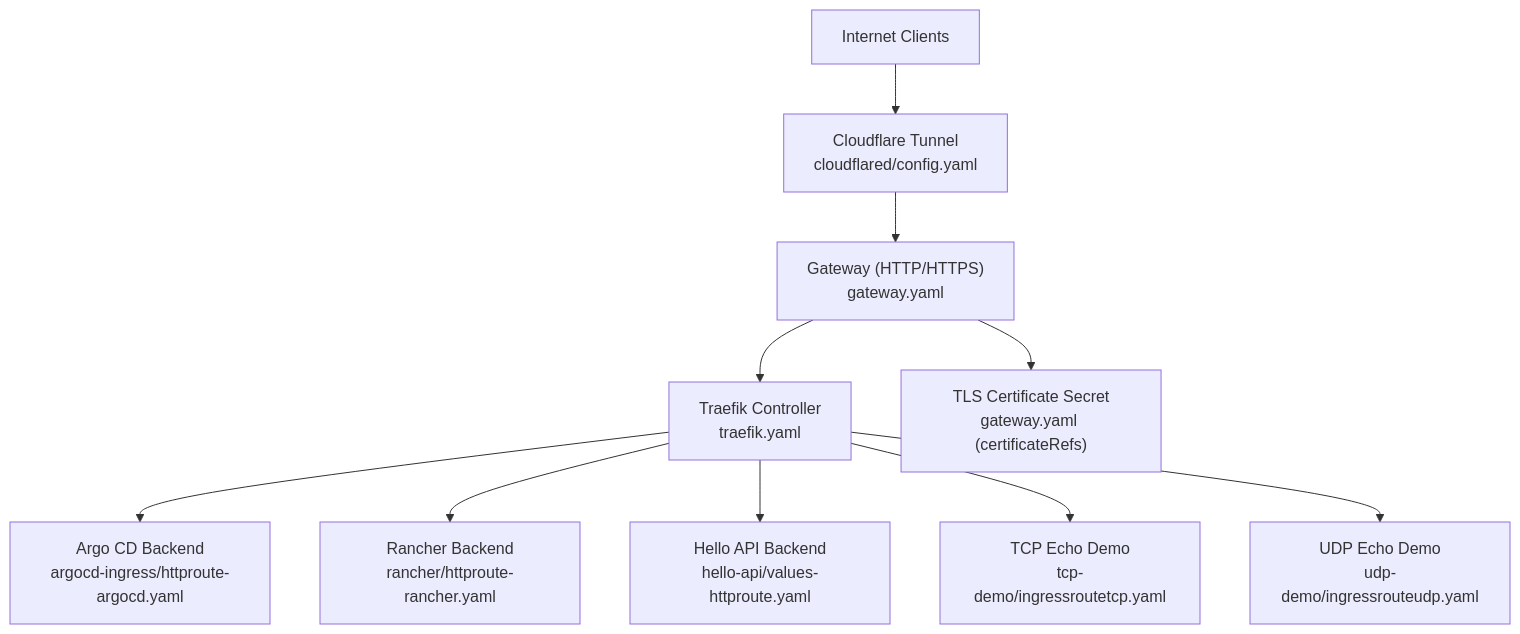
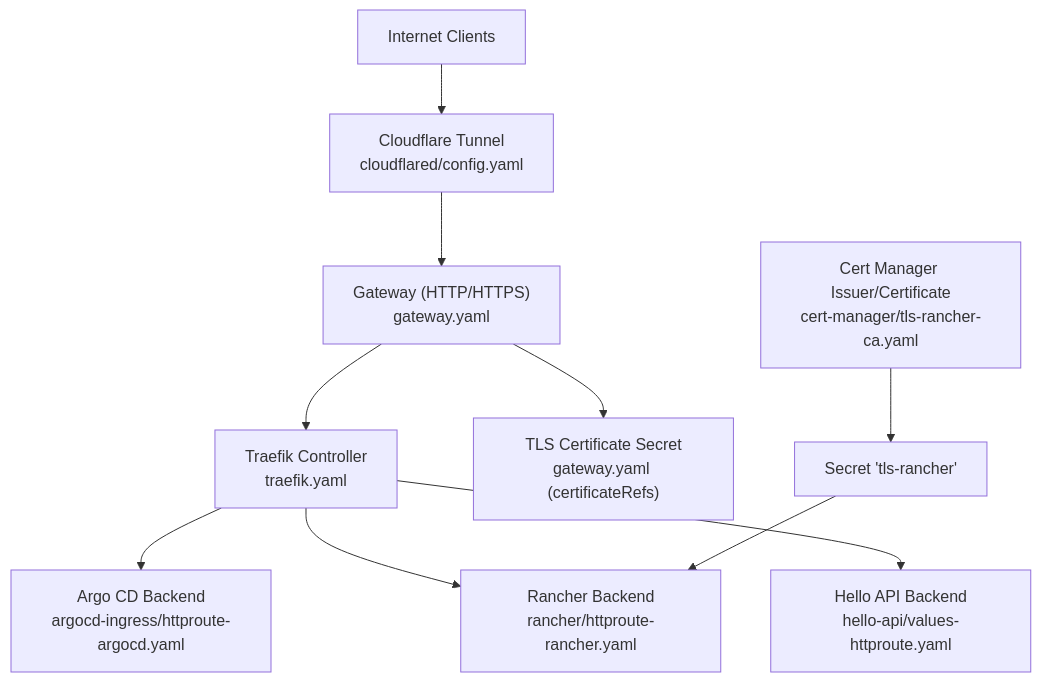
One commit to Hoangvu75/k8s_manifest changed the second of 8 diagrams in .qoder/repowiki/en/content/Advanced Topics/Advanced Networking Configurations.md. Above: the diagram before and after it, drawn with Mermaid. The commit also changed other lines of this file and 31 other files, not shown here.

````diff
--- a/.qoder/repowiki/en/content/Advanced Topics/Advanced Networking Configurations.md
+++ b/.qoder/repowiki/en/content/Advanced Topics/Advanced Networking Configurations.md
@@ -148,12 +130,12 @@
 ```mermaid
 graph TB
 Internet["Internet Clients"] --> CF["Cloudflare Tunnel<br/>cloudflared/config.yaml"]
 CF --> GW["Gateway (HTTP/HTTPS)<br/>gateway.yaml"]
 GW --> TR["Traefik Controller<br/>traefik.yaml"]
 TR --> ARGO["Argo CD Backend<br/>argocd-ingress/httproute-argocd.yaml"]
 TR --> RANCH["Rancher Backend<br/>rancher/httproute-rancher.yaml"]
 TR --> HELLO["Hello API Backend<br/>hello-api/values-httproute.yaml"]
-TR --> TCPDEMO["TCP Echo Demo<br/>tcp-demo/ingressroutetcp.yaml"]
-TR --> UDPDEMO["UDP Echo Demo<br/>udp-demo/ingressrouteudp.yaml"]
 GW --> CERT["TLS Certificate Secret<br/>gateway.yaml (certificateRefs)"]
+CM["Cert Manager Issuer/Certificate<br/>cert-manager/tls-rancher-ca.yaml"] --> SECRET["Secret 'tls-rancher'"]
+SECRET --> RANCH
 ```
````
